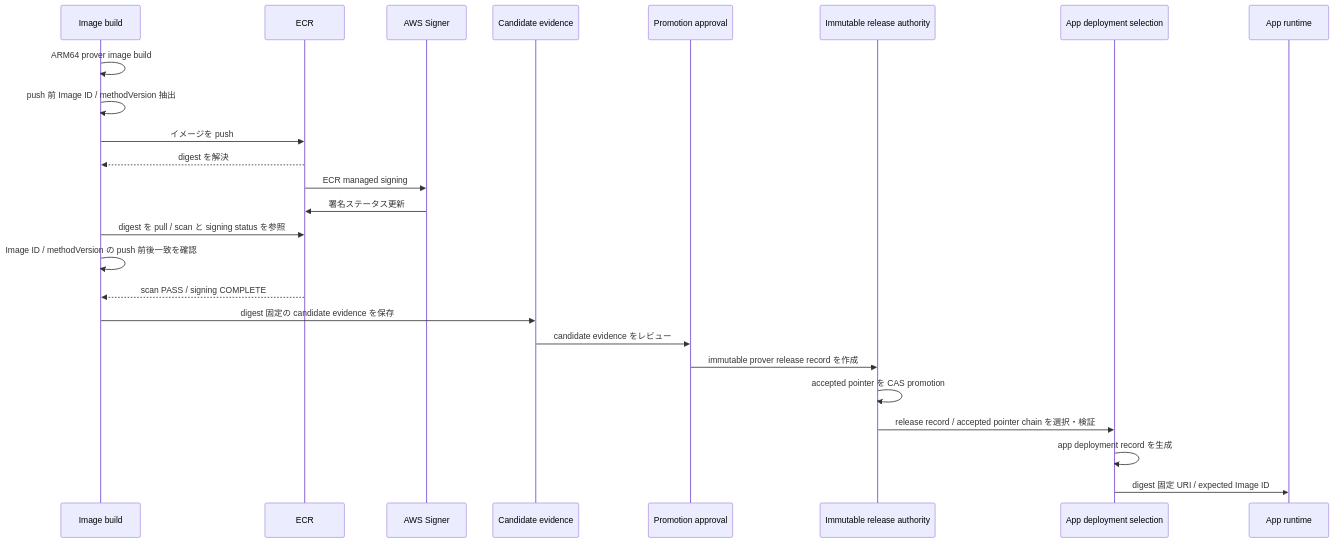
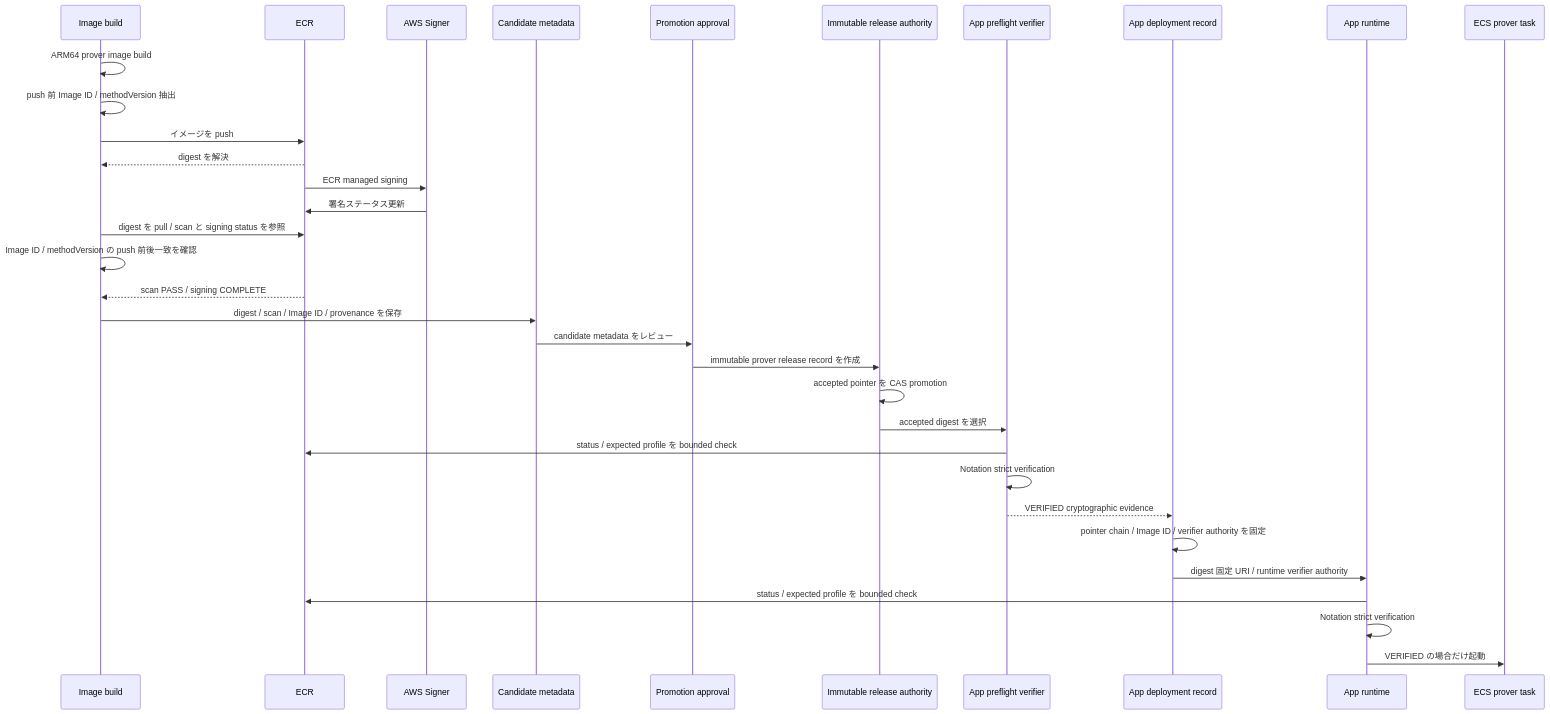
Before and after one commit to hwatanabe-jp/stark-ballot-simulator-public: the first of 2 diagrams in public-book/src/aws/image-signing.md, drawn with Mermaid. The commit also changed other lines of this file and 389 other files, not shown here.

````diff
--- a/public-book/src/aws/image-signing.md
+++ b/public-book/src/aws/image-signing.md
@@ -52,28 +61,36 @@
 ```mermaid
 sequenceDiagram
   participant BUILD as Image build
   participant ECR as ECR
   participant SGN as AWS Signer
-  participant EVID as Candidate evidence
+  participant EVID as Candidate metadata
   participant APR as Promotion approval
   participant AUTH as Immutable release authority
-  participant APP as App deployment selection
+  participant PREFLIGHT as App preflight verifier
+  participant APP as App deployment record
   participant RUN as App runtime
+  participant ECS as ECS prover task
 
   BUILD->>BUILD: ARM64 prover image build
   BUILD->>BUILD: push 前 Image ID / methodVersion 抽出
   BUILD->>ECR: イメージを push
   ECR-->>BUILD: digest を解決
   ECR->>SGN: ECR managed signing
   SGN->>ECR: 署名ステータス更新
   BUILD->>ECR: digest を pull / scan と signing status を参照
   BUILD->>BUILD: Image ID / methodVersion の push 前後一致を確認
   ECR-->>BUILD: scan PASS / signing COMPLETE
-  BUILD->>EVID: digest 固定の candidate evidence を保存
-  EVID->>APR: candidate evidence をレビュー
+  BUILD->>EVID: digest / scan / Image ID / provenance を保存
+  EVID->>APR: candidate metadata をレビュー
   APR->>AUTH: immutable prover release record を作成
   AUTH->>AUTH: accepted pointer を CAS promotion
-  AUTH->>APP: release record / accepted pointer chain を選択・検証
-  APP->>APP: app deployment record を生成
-  APP->>RUN: digest 固定 URI / expected Image ID
+  AUTH->>PREFLIGHT: accepted digest を選択
+  PREFLIGHT->>ECR: status / expected profile を bounded check
+  PREFLIGHT->>PREFLIGHT: Notation strict verification
+  PREFLIGHT-->>APP: VERIFIED cryptographic evidence
+  APP->>APP: pointer chain / Image ID / verifier authority を固定
+  APP->>RUN: digest 固定 URI / runtime verifier authority
+  RUN->>ECR: status / expected profile を bounded check
+  RUN->>RUN: Notation strict verification
+  RUN->>ECS: VERIFIED の場合だけ起動
 ```
````
